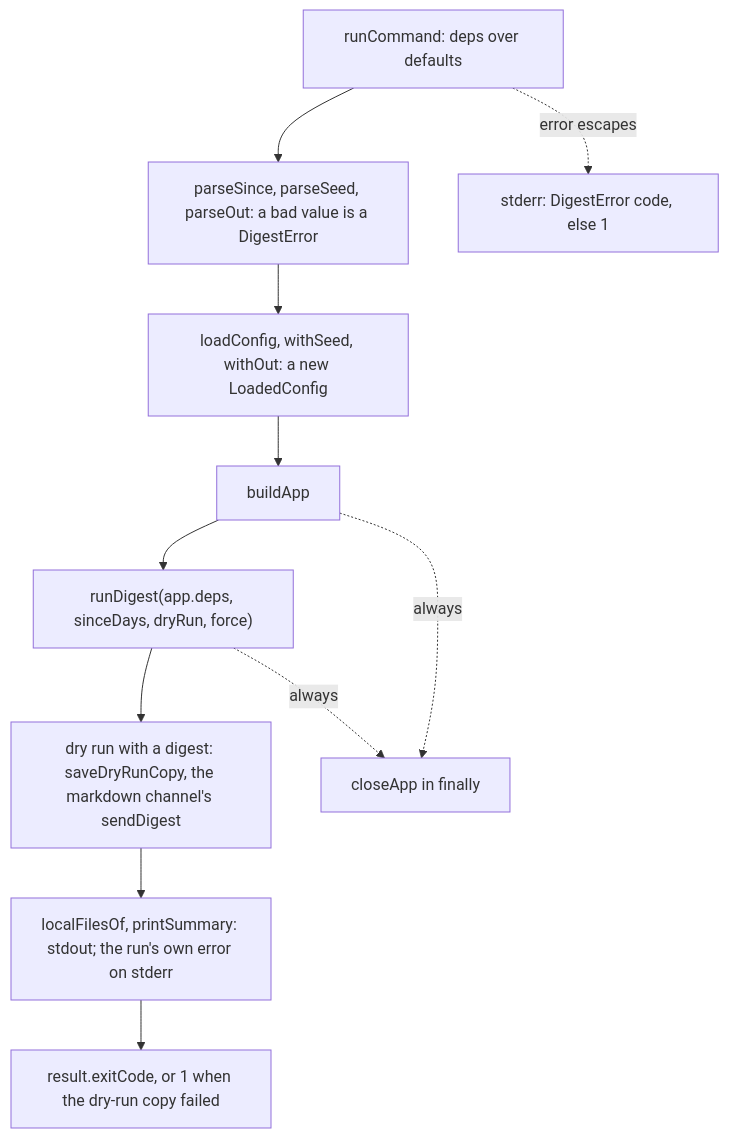
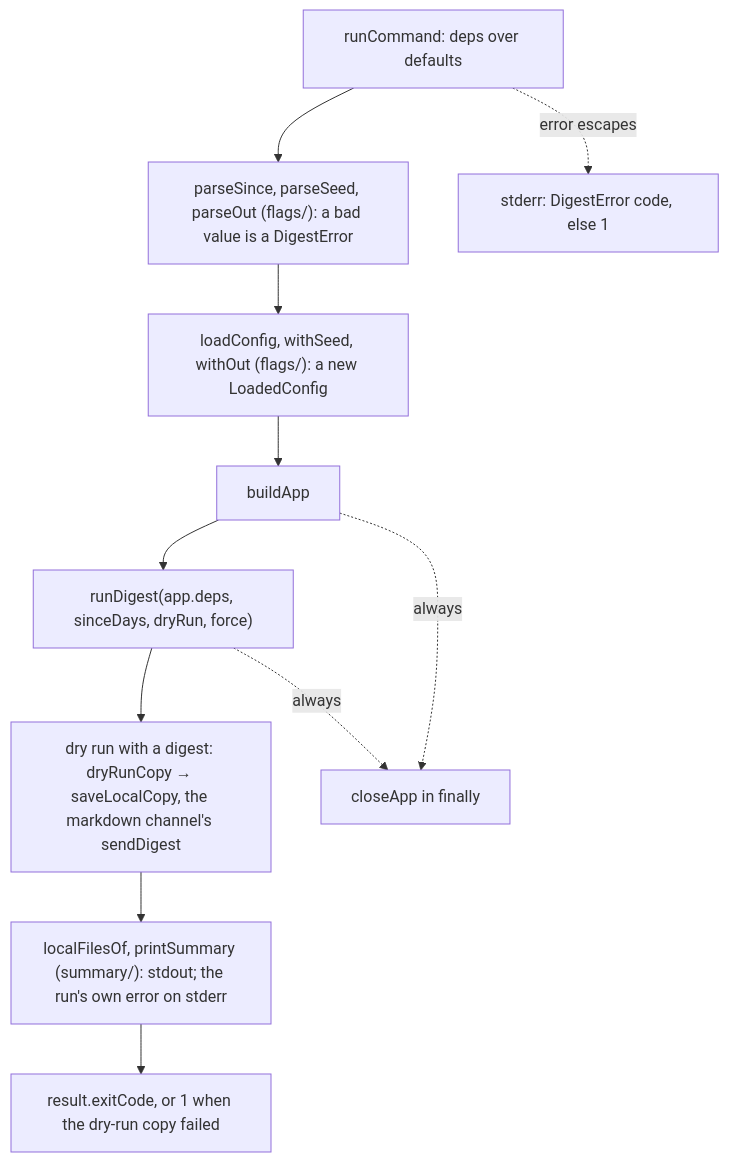
The second of 2 diagrams in src/cli/run/CLAUDE.md (odere-pro/weekly-engineering-digest-agent), drawn with Mermaid before and after one commit. The commit also changed other lines of this file and 10 other files, not shown here.

Commit message:
refactor(cli): split run.ts into flags and summary folders

````diff
--- a/src/cli/run/CLAUDE.md
+++ b/src/cli/run/CLAUDE.md
@@ -25,11 +25,11 @@
 ```mermaid
 flowchart TD
-  start["runCommand: deps over defaults"] --> args["parseSince, parseSeed, parseOut: a bad value is a DigestError"]
-  args --> load["loadConfig, withSeed, withOut: a new LoadedConfig"] --> app["buildApp"]
+  start["runCommand: deps over defaults"] --> args["parseSince, parseSeed, parseOut (flags/): a bad value is a DigestError"]
+  args --> load["loadConfig, withSeed, withOut (flags/): a new LoadedConfig"] --> app["buildApp"]
   app --> go["runDigest(app.deps, sinceDays, dryRun, force)"]
-  go --> copy["dry run with a digest: saveDryRunCopy, the markdown channel's sendDigest"]
-  copy --> print["localFilesOf, printSummary: stdout; the run's own error on stderr"]
+  go --> copy["dry run with a digest: dryRunCopy → saveLocalCopy, the markdown channel's sendDigest"]
+  copy --> print["localFilesOf, printSummary (summary/): stdout; the run's own error on stderr"]
   print --> code["result.exitCode, or 1 when the dry-run copy failed"]
   app & go -.->|"always"| close["closeApp in finally"]
   start -.->|"error escapes"| err["stderr: DigestError code, else 1"]
 ```
````
